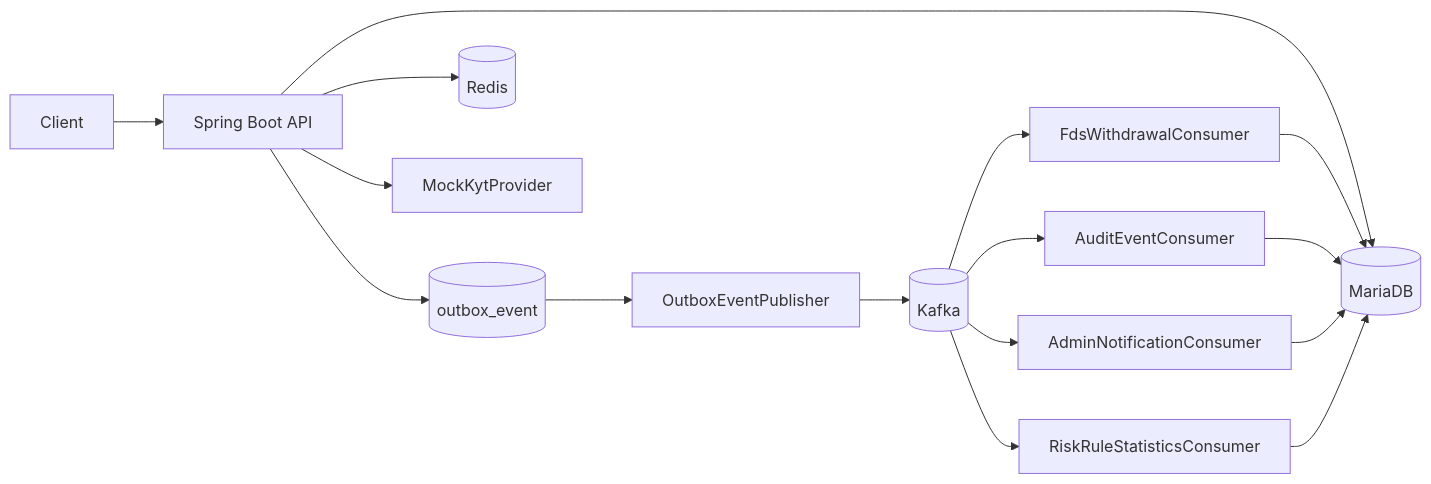
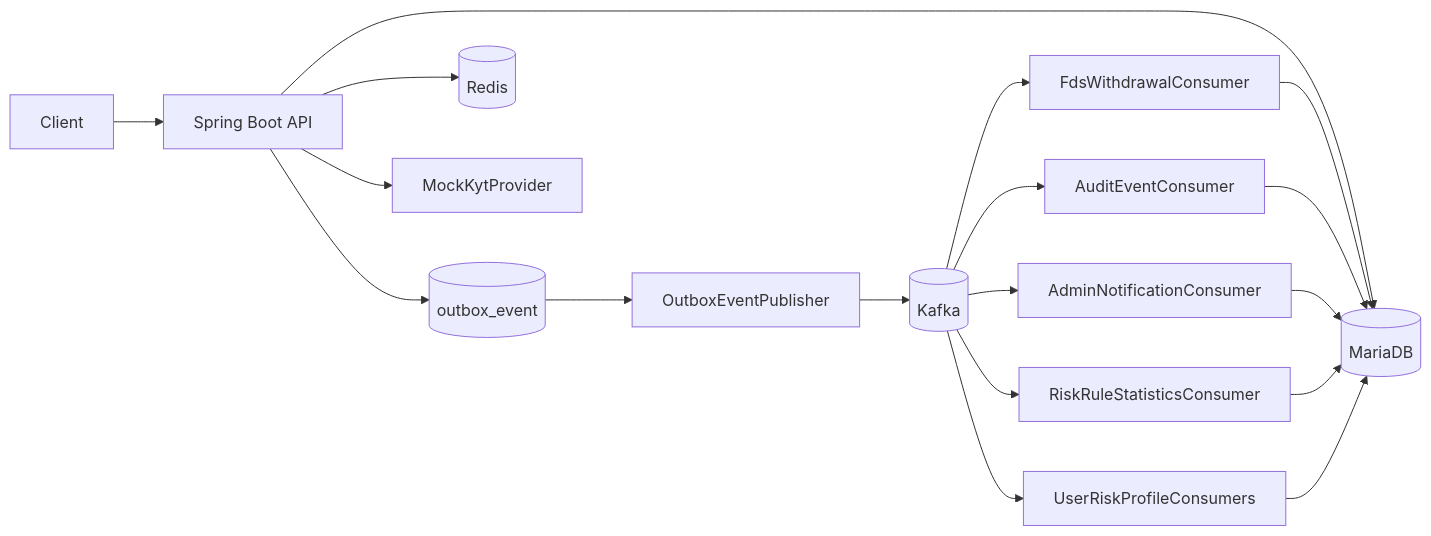
Before and after one commit to shihaim/digital-asset-risk-platform: the first of 3 diagrams in README.md, drawn with Mermaid. The commit also changed other lines of this file and 27 other files, not shown here.

````diff
--- a/README.md
+++ b/README.md
@@ -86,22 +87,24 @@
 ```mermaid
 flowchart LR
     Client[Client] --> API[Spring Boot API]
 
     API --> DB[(MariaDB)]
     API --> Outbox[(outbox_event)]
     API --> Redis[(Redis)]
     API --> KYT[MockKytProvider]
 
     Outbox --> Publisher[OutboxEventPublisher]
     Publisher --> Kafka[(Kafka)]
 
     Kafka --> FDS[FdsWithdrawalConsumer]
     Kafka --> Audit[AuditEventConsumer]
     Kafka --> Notify[AdminNotificationConsumer]
     Kafka --> Stats[RiskRuleStatisticsConsumer]
+    Kafka --> Profile[UserRiskProfileConsumers]
 
     FDS --> DB
     Audit --> DB
     Notify --> DB
     Stats --> DB
+    Profile --> DB
 ```
````
